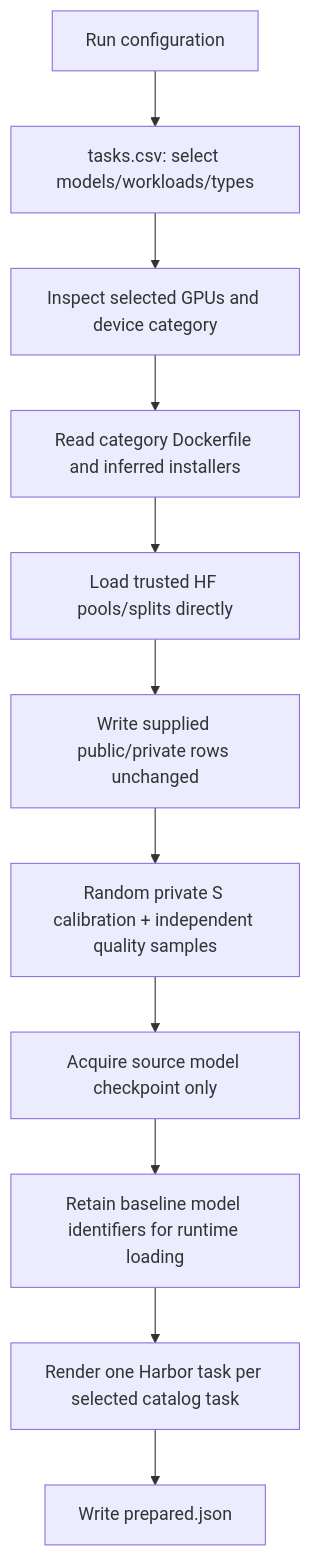
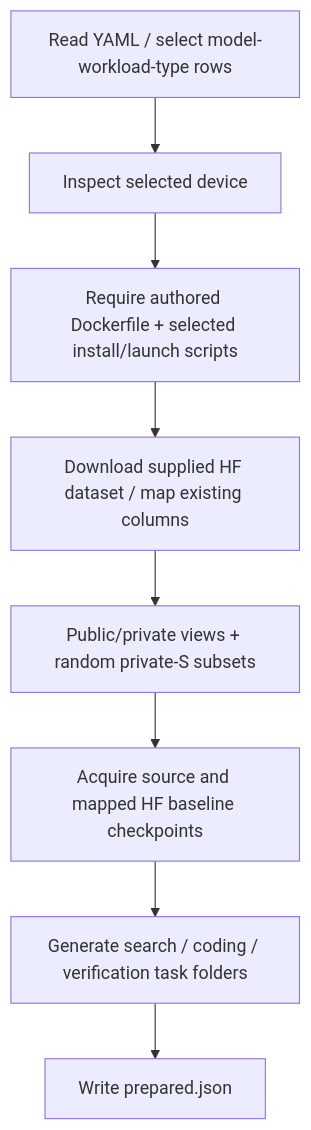
Before and after one commit to fengql123/local_eval: the first of 2 diagrams in docs/phase-02.md, drawn with Mermaid. The commit also changed other lines of this file and 64 other files, not shown here.

````diff
--- a/docs/phase-02.md
+++ b/docs/phase-02.md
@@ -94,13 +22,10 @@
 ```mermaid
 flowchart TD
-    config[Run configuration] --> tasks[tasks.csv: select models/workloads/types]
-    tasks --> machine[Inspect selected GPUs and device category]
-    machine --> image[Read category Dockerfile and inferred installers]
-    image --> dataset[Load trusted HF pools/splits directly]
-    dataset --> views[Write supplied public/private rows unchanged]
-    views --> samples[Random private S calibration + independent quality samples]
-    samples --> source[Acquire source model checkpoint only]
-    source --> baselines[Retain baseline model identifiers for runtime loading]
-    baselines --> render[Render one Harbor task per selected catalog task]
-    render --> prepared[Write prepared.json]
+    config[Read YAML / select model-workload-type rows] --> machine[Inspect selected device]
+    machine --> assets[Require authored Dockerfile + selected install/launch scripts]
+    assets --> data[Download supplied HF dataset / map existing columns]
+    data --> views[Public/private views + random private-S subsets]
+    views --> weights[Acquire source and mapped HF baseline checkpoints]
+    weights --> tasks[Generate search / coding / verification task folders]
+    tasks --> marker[Write prepared.json]
 ```
````
